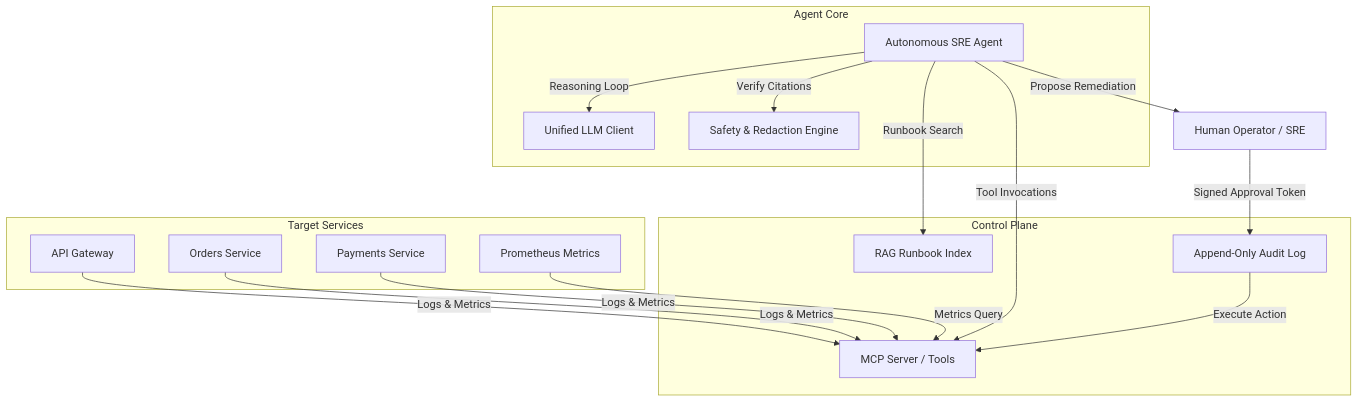
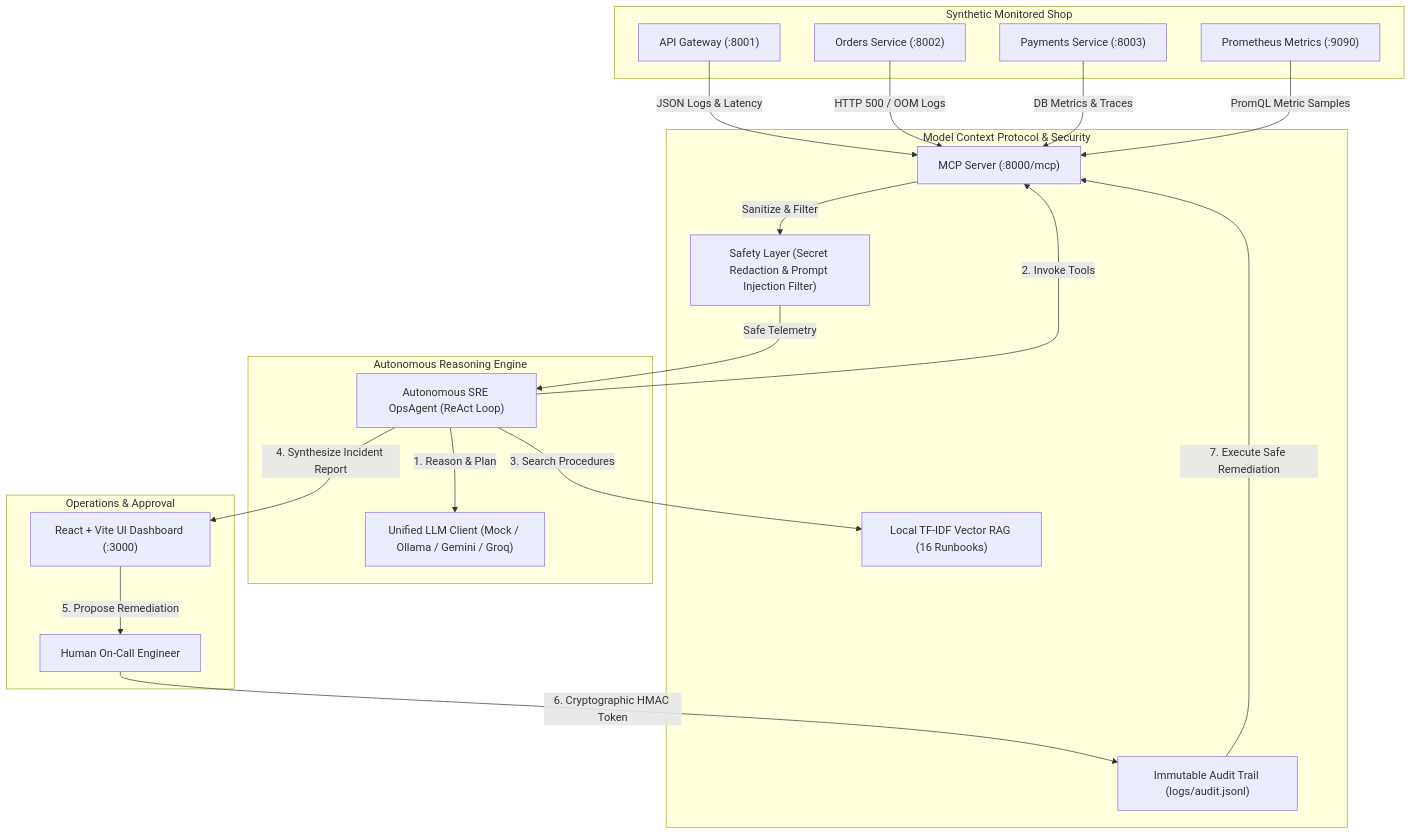
The diagram in README.md (sudipto-swe/ops-copilot), drawn with Mermaid before and after one commit. The commit also changed other lines of this file, not shown here.

Commit message:
docs: enrich README with full badges, architecture diagram, benchmark evidence, and safety details

````diff
--- a/README.md
+++ b/README.md
@@ -7,35 +35,42 @@
 ```mermaid
 flowchart TD
-    subgraph Target Services
-        GW[API Gateway]
-        ORD[Orders Service]
-        PAY[Payments Service]
-        PROM[Prometheus Metrics]
+    subgraph Target Microservices [Synthetic Monitored Shop]
+        GW["API Gateway (:8001)"]
+        ORD["Orders Service (:8002)"]
+        PAY["Payments Service (:8003)"]
+        PROM["Prometheus Metrics (:9090)"]
     end
 
-    subgraph Control Plane
-        MCP[MCP Server / Tools]
-        RAG[RAG Runbook Index]
-        AUDIT[Append-Only Audit Log]
+    subgraph Control Plane [Model Context Protocol & Security]
+        MCP["MCP Server (:8000/mcp)"]
+        GUARD["Safety Layer (Secret Redaction & Prompt Injection Filter)"]
+        AUDIT["Immutable Audit Trail (logs/audit.jsonl)"]
+        RAG["Local TF-IDF Vector RAG (16 Runbooks)"]
     end
 
-    subgraph Agent Core
-        AGENT[Autonomous SRE Agent]
-        LLM[Unified LLM Client]
-        SAFETY[Safety & Redaction Engine]
+    subgraph Agent Core [Autonomous Reasoning Engine]
+        AGENT["Autonomous SRE OpsAgent (ReAct Loop)"]
+        LLM["Unified LLM Client (Mock / Ollama / Gemini / Groq)"]
     end
 
-    GW -->|Logs & Metrics| MCP
-    ORD -->|Logs & Metrics| MCP
-    PAY -->|Logs & Metrics| MCP
-    PROM -->|Metrics Query| MCP
+    subgraph Human in the Loop [Operations & Approval]
+        UI["React + Vite UI Dashboard (:3000)"]
+        SRE["Human On-Call Engineer"]
+    end
 
-    AGENT -->|Reasoning Loop| LLM
-    AGENT -->|Tool Invocations| MCP
-    AGENT -->|Runbook Search| RAG
-    AGENT -->|Verify Citations| SAFETY
+    GW -->|JSON Logs & Latency| MCP
+    ORD -->|HTTP 500 / OOM Logs| MCP
+    PAY -->|DB Metrics & Traces| MCP
+    PROM -->|PromQL Metric Samples| MCP
 
-    AGENT -->|Propose Remediation| HUMAN[Human Operator / SRE]
-    HUMAN -->|Signed Approval Token| AUDIT
-    AUDIT -->|Execute Action| MCP
+    AGENT -->|1. Reason & Plan| LLM
+    AGENT -->|2. Invoke Tools| MCP
+    MCP -->|Sanitize & Filter| GUARD
+    GUARD -->|Safe Telemetry| AGENT
+    AGENT -->|3. Search Procedures| RAG
+
+    AGENT -->|4. Synthesize Incident Report| UI
+    UI -->|5. Propose Remediation| SRE
+    SRE -->|6. Cryptographic HMAC Token| AUDIT
+    AUDIT -->|7. Execute Safe Remediation| MCP
 ```
````
